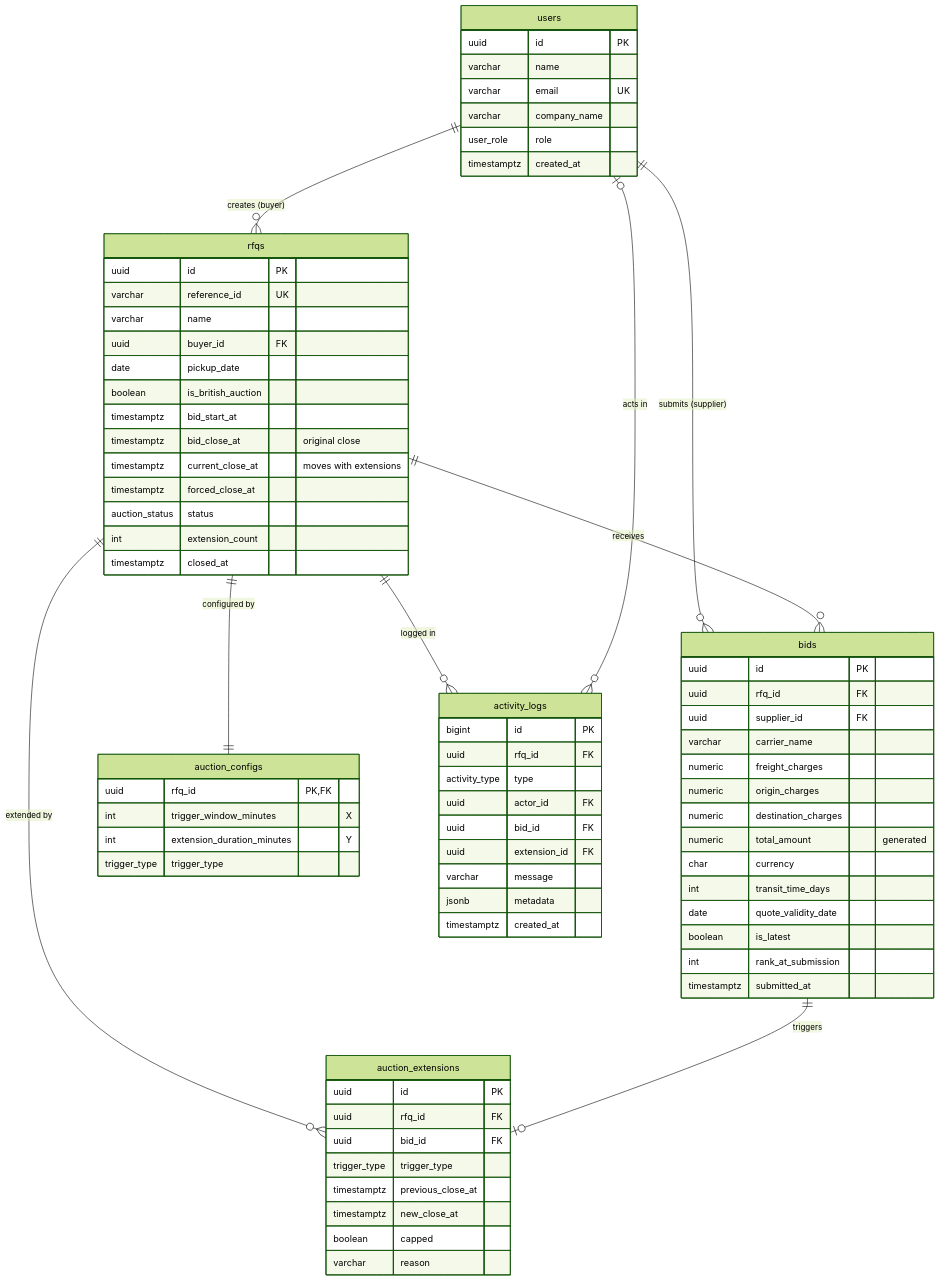
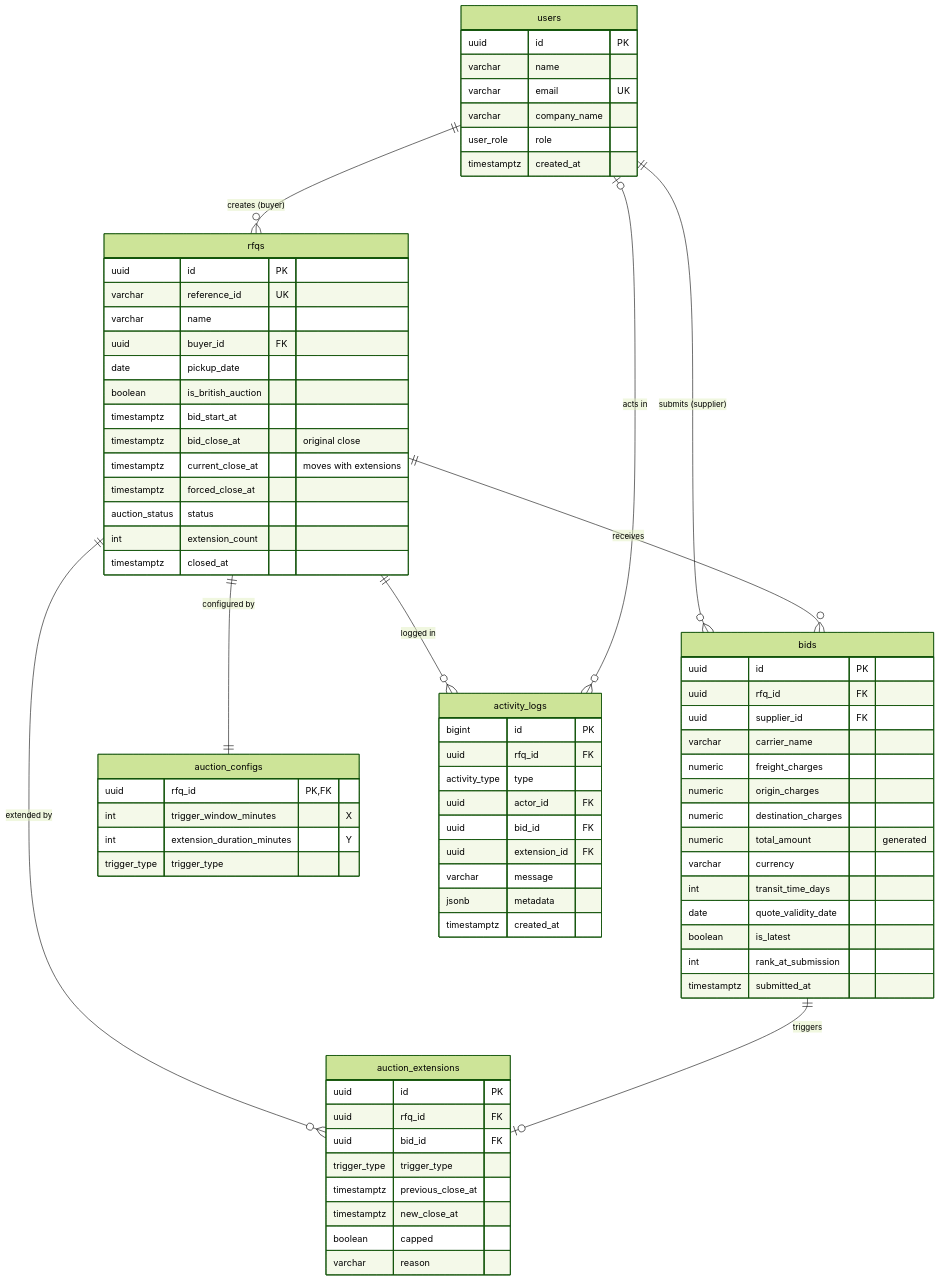
Before and after one commit to prakhar23381/rfq-british-auction-system: the diagram in docs/SCHEMA.md, drawn with Mermaid (forest theme). The commit also changed other lines of this file and 26 other files, not shown here.

````diff
--- a/docs/SCHEMA.md
+++ b/docs/SCHEMA.md
@@ -7,78 +7,78 @@
 ```mermaid
 erDiagram
   users ||--o{ rfqs : "creates (buyer)"
   users ||--o{ bids : "submits (supplier)"
   rfqs ||--|| auction_configs : "configured by"
   rfqs ||--o{ bids : receives
   rfqs ||--o{ auction_extensions : "extended by"
   bids ||--o| auction_extensions : triggers
   rfqs ||--o{ activity_logs : "logged in"
   users |o--o{ activity_logs : "acts in"
 
   users {
     uuid id PK
     varchar name
     varchar email UK
     varchar company_name
     user_role role
     timestamptz created_at
   }
   rfqs {
     uuid id PK
     varchar reference_id UK
     varchar name
     uuid buyer_id FK
     date pickup_date
     boolean is_british_auction
     timestamptz bid_start_at
     timestamptz bid_close_at "original close"
     timestamptz current_close_at "moves with extensions"
     timestamptz forced_close_at
     auction_status status
     int extension_count
     timestamptz closed_at
   }
   auction_configs {
     uuid rfq_id PK, FK
     int trigger_window_minutes "X"
     int extension_duration_minutes "Y"
     trigger_type trigger_type
   }
   bids {
     uuid id PK
     uuid rfq_id FK
     uuid supplier_id FK
     varchar carrier_name
     numeric freight_charges
     numeric origin_charges
     numeric destination_charges
     numeric total_amount "generated"
-    char currency
+    varchar currency
     int transit_time_days
     date quote_validity_date
     boolean is_latest
     int rank_at_submission
     timestamptz submitted_at
   }
   auction_extensions {
     uuid id PK
     uuid rfq_id FK
     uuid bid_id FK
     trigger_type trigger_type
     timestamptz previous_close_at
     timestamptz new_close_at
     boolean capped
     varchar reason
   }
   activity_logs {
     bigint id PK
     uuid rfq_id FK
     activity_type type
     uuid actor_id FK
     uuid bid_id FK
     uuid extension_id FK
     varchar message
     jsonb metadata
     timestamptz created_at
   }
 ```
````
